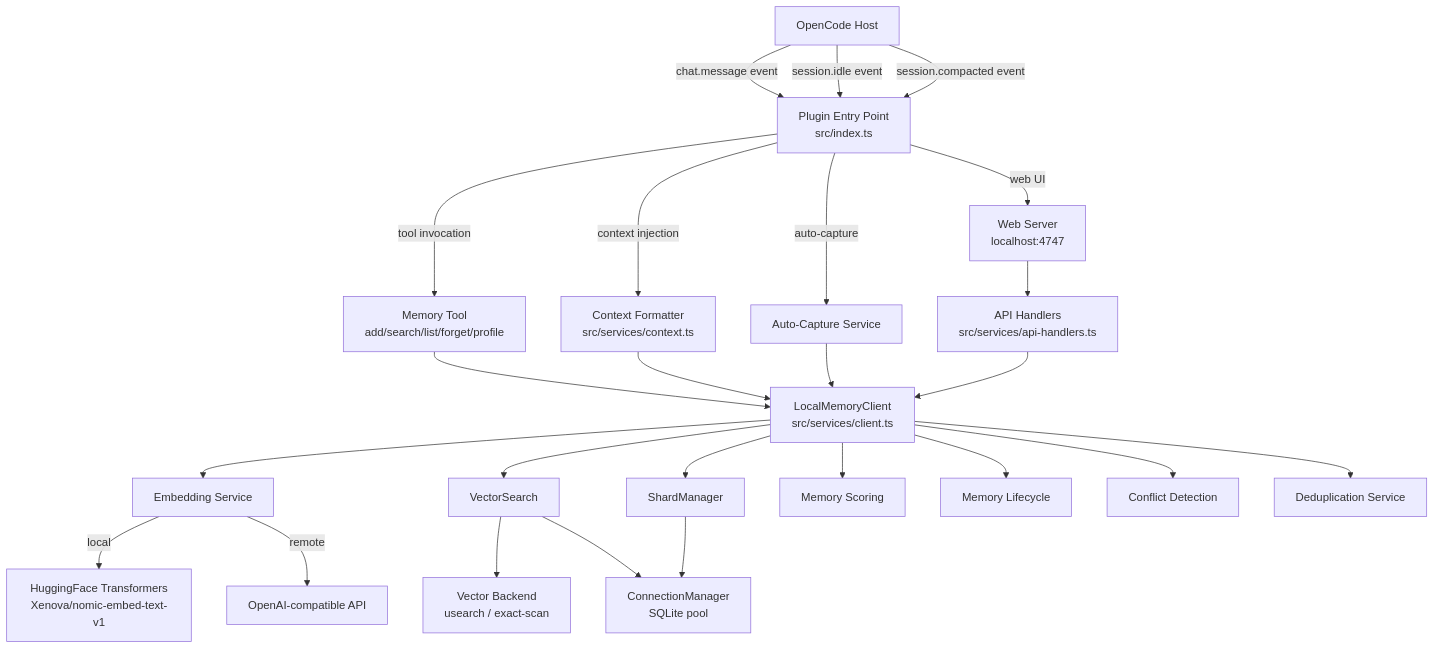
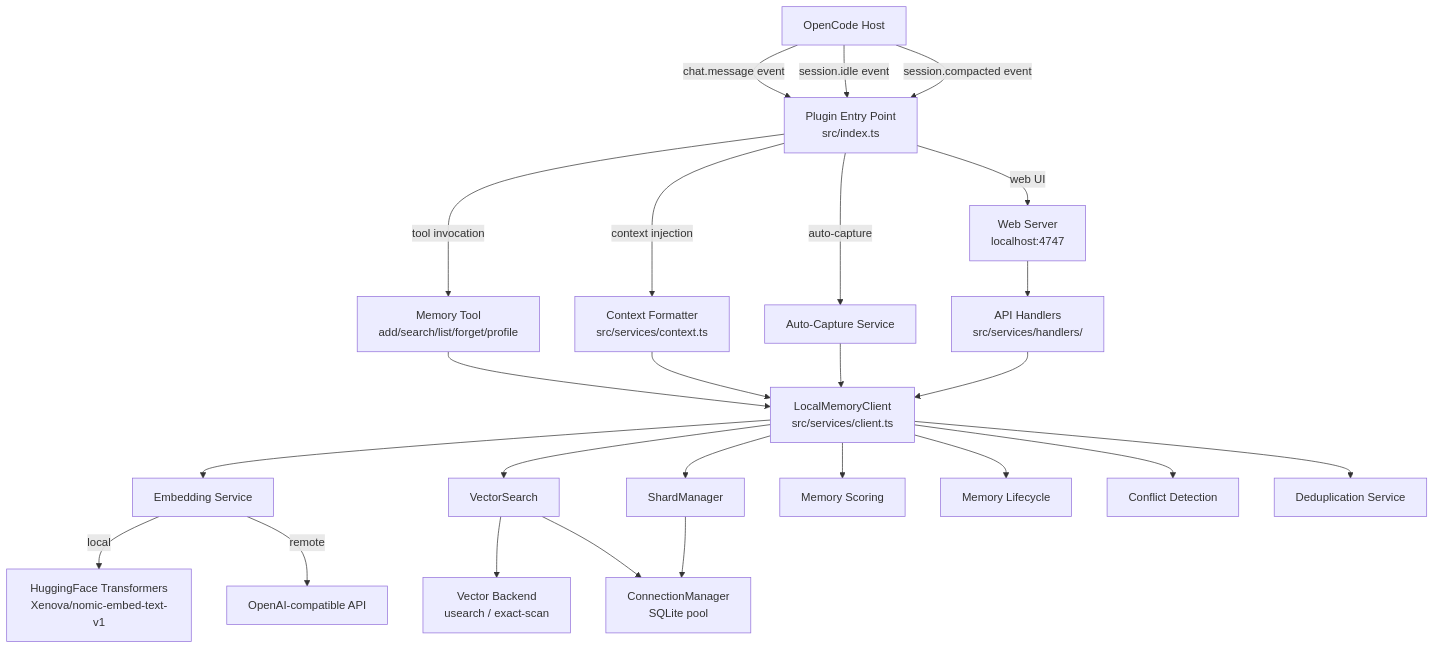
Before and after one commit to ZeR020/opencode-mem0: the diagram in docs/ARCHITECTURE.md, drawn with Mermaid. The commit also changed other lines of this file and 8 other files, not shown here.

First line of the commit message:
refactor(server): import route handlers directly, drop the api-handlers barrel

````diff
--- a/docs/ARCHITECTURE.md
+++ b/docs/ARCHITECTURE.md
@@ -11,32 +11,32 @@
 ```mermaid
 graph TD
     OC[OpenCode Host] -->|chat.message event| EP[Plugin Entry Point<br>src/index.ts]
     OC -->|session.idle event| EP
     OC -->|session.compacted event| EP
     EP -->|tool invocation| TL[Memory Tool<br>add/search/list/forget/profile]
     EP -->|context injection| CI[Context Formatter<br>src/services/context.ts]
     EP -->|auto-capture| AC[Auto-Capture Service]
     EP -->|web UI| WS[Web Server<br>localhost:4747]
 
     TL --> MC[LocalMemoryClient<br>src/services/client.ts]
     CI --> MC
     AC --> MC
 
     MC --> EM[Embedding Service]
     MC --> VS[VectorSearch]
     MC --> SM[ShardManager]
     MC --> MS[Memory Scoring]
     MC --> ML[Memory Lifecycle]
     MC --> CF[Conflict Detection]
     MC --> DD[Deduplication Service]
 
     VS --> VB[Vector Backend<br>usearch / exact-scan]
     VS --> CM[ConnectionManager<br>SQLite pool]
     SM --> CM
 
     EM -->|local| HF[HuggingFace Transformers<br>Xenova/nomic-embed-text-v1]
     EM -->|remote| API[OpenAI-compatible API]
 
-    WS --> AH[API Handlers<br>src/services/api-handlers.ts]
+    WS --> AH[API Handlers<br>src/services/handlers/]
     AH --> MC
 ```
````
